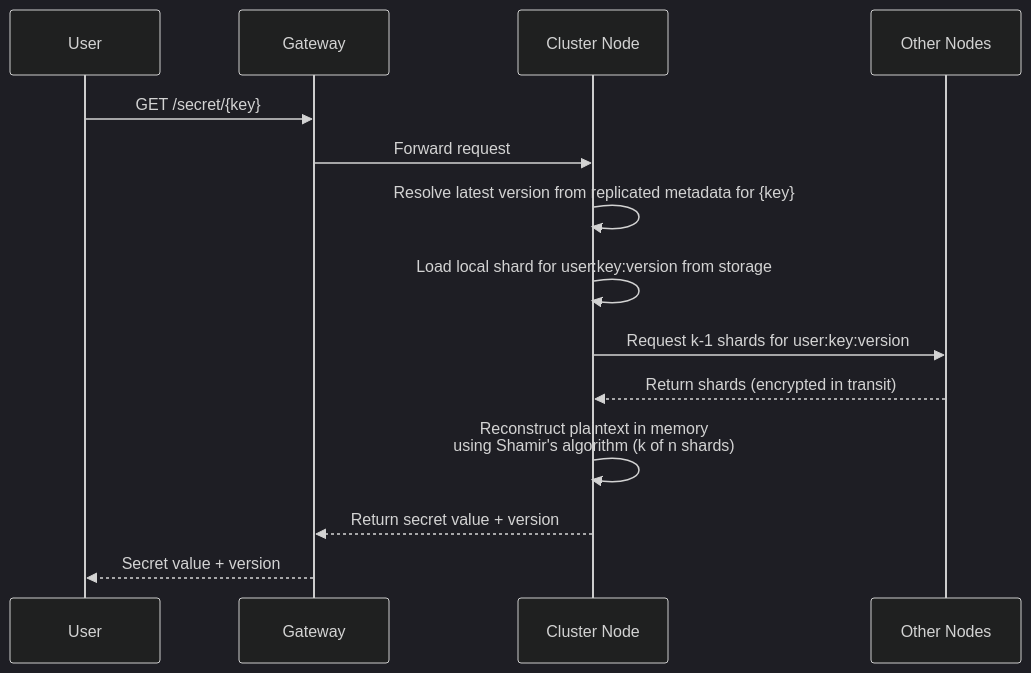
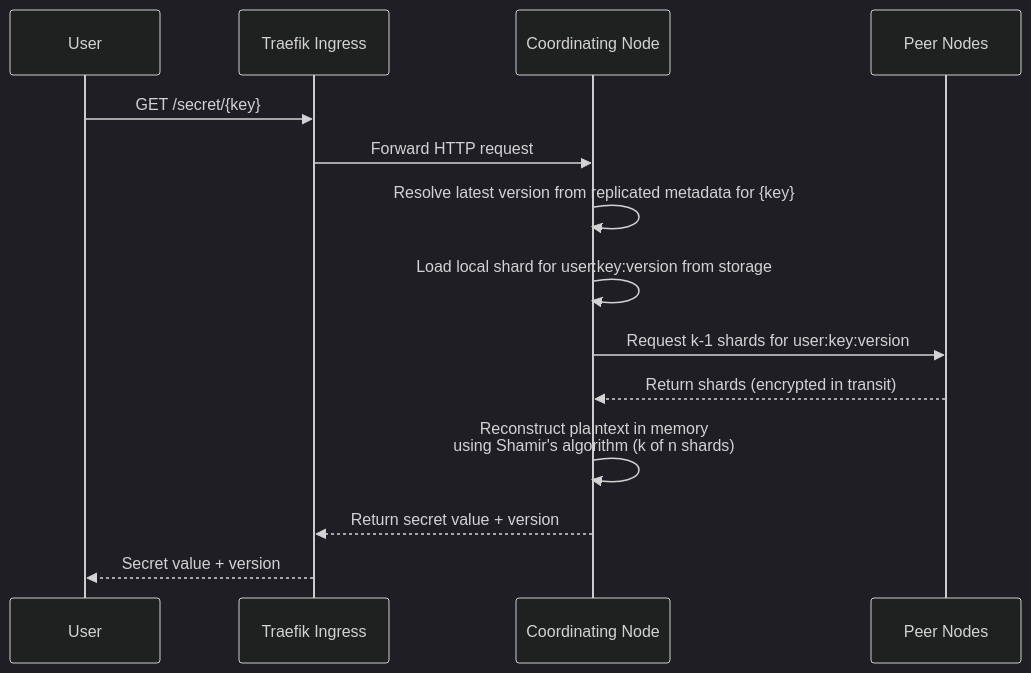
One commit to S26-Distributed-Capstone/DistributedSecretsVault changed the first of 3 diagrams in docs/crud/retrieve.md. Above: the diagram before and after it, drawn with Mermaid (dark theme). The commit also changed other lines of this file and 7 other files, not shown here.

````diff
--- a/docs/crud/retrieve.md
+++ b/docs/crud/retrieve.md
@@ -46,17 +46,17 @@
 ```mermaid
 sequenceDiagram
     participant User
-    participant Gateway
-    participant Node as Cluster Node
-    participant Peers as Other Nodes
+    participant Ingress as Traefik Ingress
+    participant Node as Coordinating Node
+    participant Peers as Peer Nodes
 
-    User->>Gateway: GET /secret/{key}
-    Gateway->>Node: Forward request
+    User->>Ingress: GET /secret/{key}
+    Ingress->>Node: Forward HTTP request
     Node->>Node: Resolve latest version from replicated metadata for {key}
     Node->>Node: Load local shard for user:key:version from storage
     Node->>Peers: Request k-1 shards for user:key:version
     Peers-->>Node: Return shards (encrypted in transit)
     Node->>Node: Reconstruct plaintext in memory<br/>using Shamir's algorithm (k of n shards)
-    Node-->>Gateway: Return secret value + version
-    Gateway-->>User: Secret value + version
+    Node-->>Ingress: Return secret value + version
+    Ingress-->>User: Secret value + version
 ```
````
